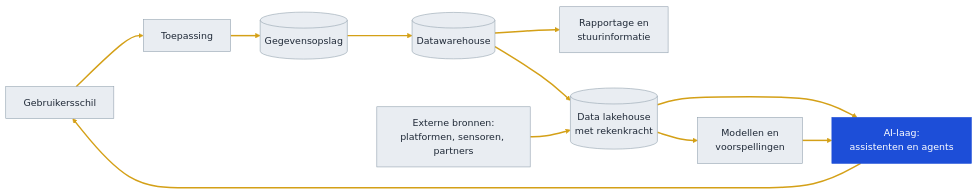
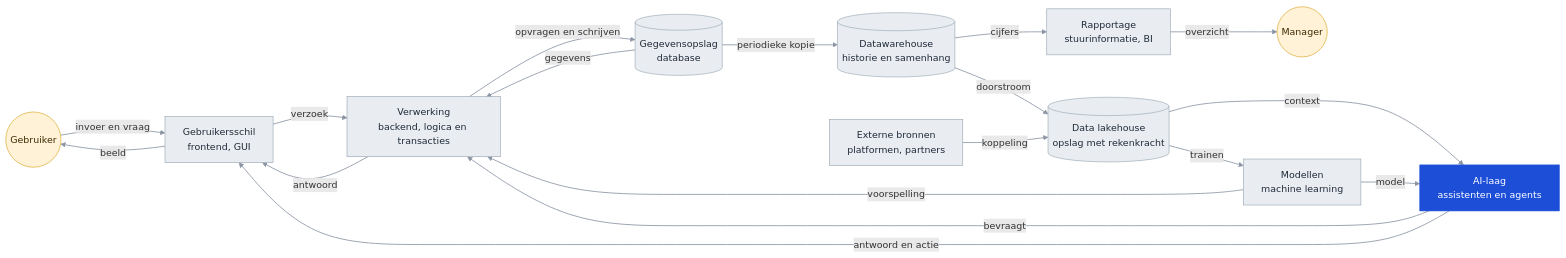
Before and after one commit to Npuls-OKx/meta: the fourth of 4 diagrams in presentaties/src/260904_ai_houdbaarheid.md, drawn with Mermaid. The commit also changed other lines of this file and 2 other files, not shown here.

````diff
--- a/presentaties/src/260904_ai_houdbaarheid.md
+++ b/presentaties/src/260904_ai_houdbaarheid.md
@@ -236,23 +268,43 @@
 ```mermaid
 flowchart LR
-  UI["Gebruikersschil"] --> APP["Toepassing"]
-  APP --> DB[("Gegevensopslag")]
-  DB --> DWH[("Datawarehouse")]
-  DWH --> BI["Rapportage en<br/>stuurinformatie"]
-  DWH --> LH[("Data lakehouse<br/>met rekenkracht")]
-  LH --> ML["Modellen en<br/>voorspellingen"]
-  EXT["Externe bronnen:<br/>platformen, sensoren, partners"] --> LH
-  LH --> AI["AI-laag:<br/>assistenten en agents"]
-  ML --> AI
-  AI --> UI
-  style UI fill:#e9edf2,stroke:#94a3b0,color:#1f2937
-  style APP fill:#e9edf2,stroke:#94a3b0,color:#1f2937
+  U(("Gebruiker"))
+  GUI["Gebruikersschil<br/>frontend, GUI"]
+  BE["Verwerking<br/>backend, logica en transacties"]
+  DB[("Gegevensopslag<br/>database")]
+  U -- "invoer en vraag" --> GUI
+  GUI -- "verzoek" --> BE
+  BE -- "opvragen en schrijven" --> DB
+  DB -- "gegevens" --> BE
+  BE -- "antwoord" --> GUI
+  GUI -- "beeld" --> U
+  DWH[("Datawarehouse<br/>historie en samenhang")]
+  BI["Rapportage<br/>stuurinformatie, BI"]
+  M(("Manager"))
+  DB -- "periodieke kopie" --> DWH
+  DWH -- "cijfers" --> BI
+  BI -- "overzicht" --> M
+  LH[("Data lakehouse<br/>opslag met rekenkracht")]
+  ML["Modellen<br/>machine learning"]
+  EXT["Externe bronnen<br/>platformen, partners"]
+  DWH -- "doorstroom" --> LH
+  EXT -- "koppeling" --> LH
+  LH -- "trainen" --> ML
+  ML -- "voorspelling" --> BE
+  AI["AI-laag<br/>assistenten en agents"]
+  LH -- "context" --> AI
+  ML -- "model" --> AI
+  AI -- "bevraagt" --> BE
+  AI -- "antwoord en actie" --> GUI
+  style U fill:#fff2d6,stroke:#D4A017,color:#3b2a02
+  style GUI fill:#e9edf2,stroke:#94a3b0,color:#1f2937
+  style BE fill:#e9edf2,stroke:#94a3b0,color:#1f2937
   style DB fill:#e9edf2,stroke:#94a3b0,color:#1f2937
   style DWH fill:#e9edf2,stroke:#94a3b0,color:#1f2937
   style BI fill:#e9edf2,stroke:#94a3b0,color:#1f2937
+  style M fill:#fff2d6,stroke:#D4A017,color:#3b2a02
   style LH fill:#e9edf2,stroke:#94a3b0,color:#1f2937
   style ML fill:#e9edf2,stroke:#94a3b0,color:#1f2937
   style EXT fill:#e9edf2,stroke:#94a3b0,color:#1f2937
   style AI fill:#1D4ED8,stroke:#1D4ED8,color:#ffffff
-  linkStyle default stroke:#D4A017,stroke-width:2.5px
+  linkStyle default stroke:#8a94a3,stroke-width:1.4px
 ```
````
